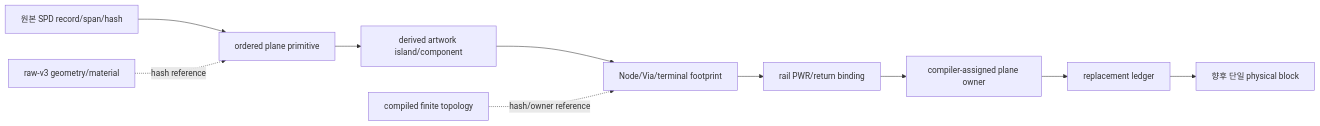
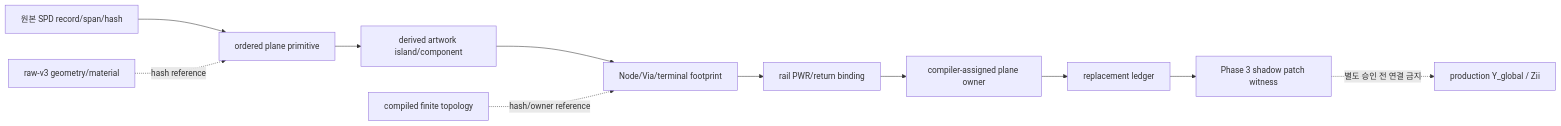
One commit to yunhyok/spd-decap-pi-evaluator changed the first of 2 diagrams in docs/SOURCE_DERIVED_PHYSICAL_IR.md. Above: the diagram before and after it, drawn with Mermaid. The commit also changed other lines of this file and 7 other files, not shown here.

````diff
--- a/docs/SOURCE_DERIVED_PHYSICAL_IR.md
+++ b/docs/SOURCE_DERIVED_PHYSICAL_IR.md
@@ -24,12 +24,13 @@
 ```mermaid
 flowchart LR
   A[원본 SPD record/span/hash] --> B[ordered plane primitive]
   B --> C[derived artwork island/component]
   C --> D[Node/Via/terminal footprint]
   D --> E[rail PWR/return binding]
   E --> F[compiler-assigned plane owner]
   F --> G[replacement ledger]
-  G --> H[향후 단일 physical block]
+  G --> H[Phase 3 shadow patch witness]
+  H -. 별도 승인 전 연결 금지 .-> K[production Y_global / Zii]
   I[raw-v3 geometry/material] -. hash reference .-> B
   J[compiled finite topology] -. hash/owner reference .-> D
 ```
````
